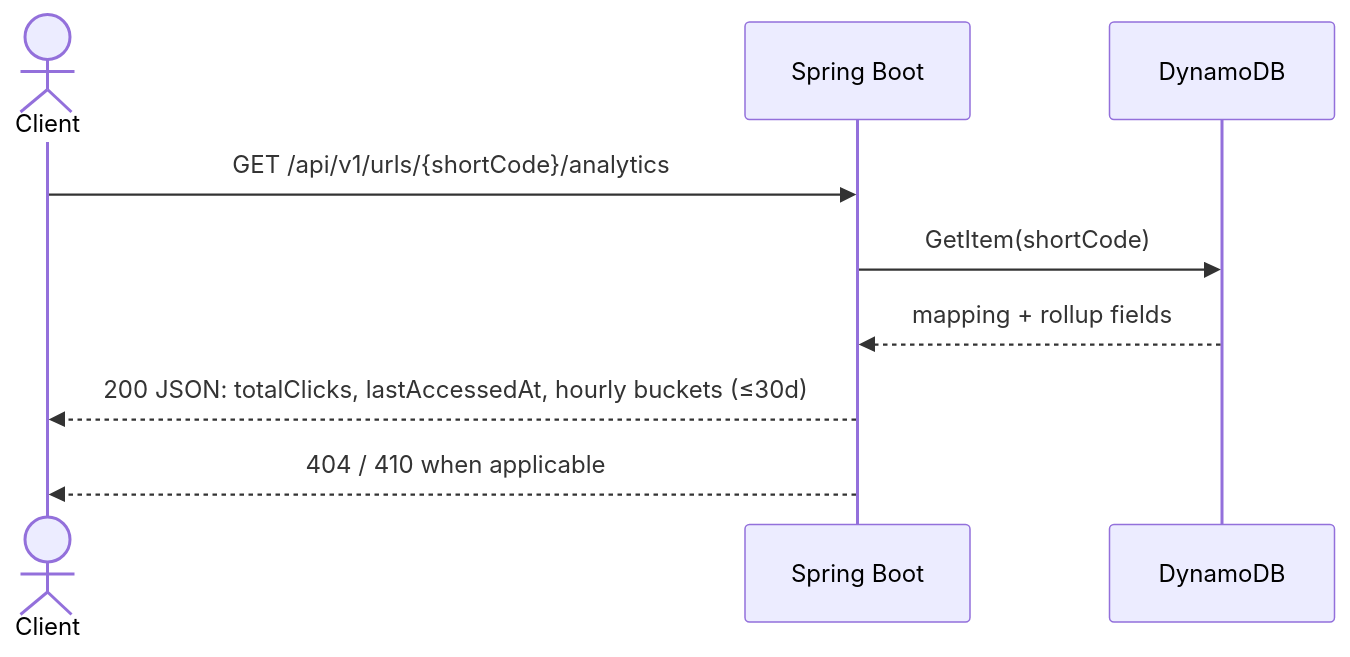
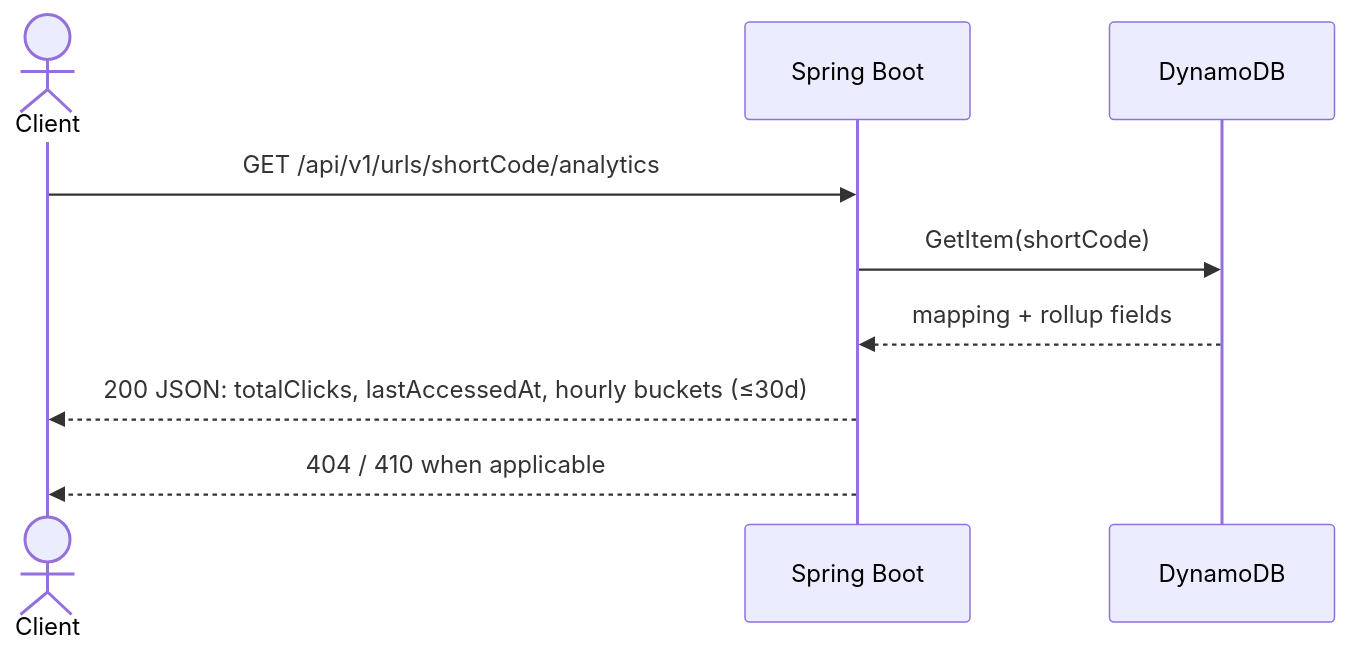
The sixth of 6 diagrams in docs/architecture.md (Srisakthi14/url-shortener), drawn with Mermaid before and after one commit. The commit also changed other lines of this file, not shown here.

Commit message:
Fix Mermaid parse errors: avoid curly braces in diagram labels

````diff
--- a/docs/architecture.md
+++ b/docs/architecture.md
@@ -176,12 +176,12 @@
 ```mermaid
 sequenceDiagram
   actor C as Client
   participant S as Spring Boot
   participant D as DynamoDB
 
-  C->>S: GET /api/v1/urls/{shortCode}/analytics
+  C->>S: GET /api/v1/urls/shortCode/analytics
   S->>D: GetItem(shortCode)
   D-->>S: mapping + rollup fields
   S-->>C: 200 JSON: totalClicks, lastAccessedAt, hourly buckets (≤30d)
   S-->>C: 404 / 410 when applicable
 ```
````
